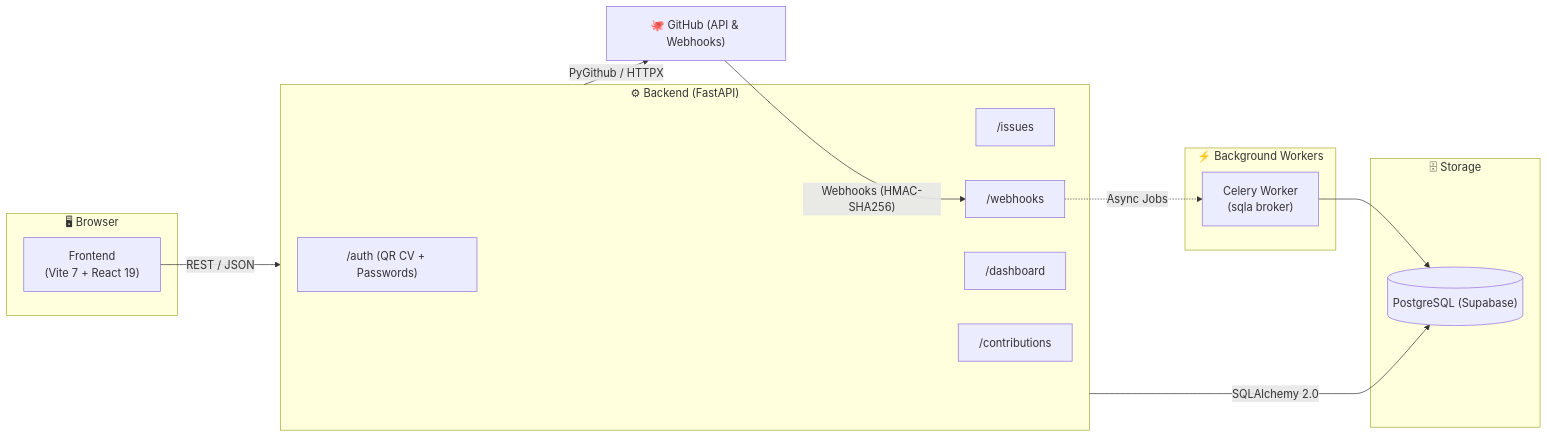
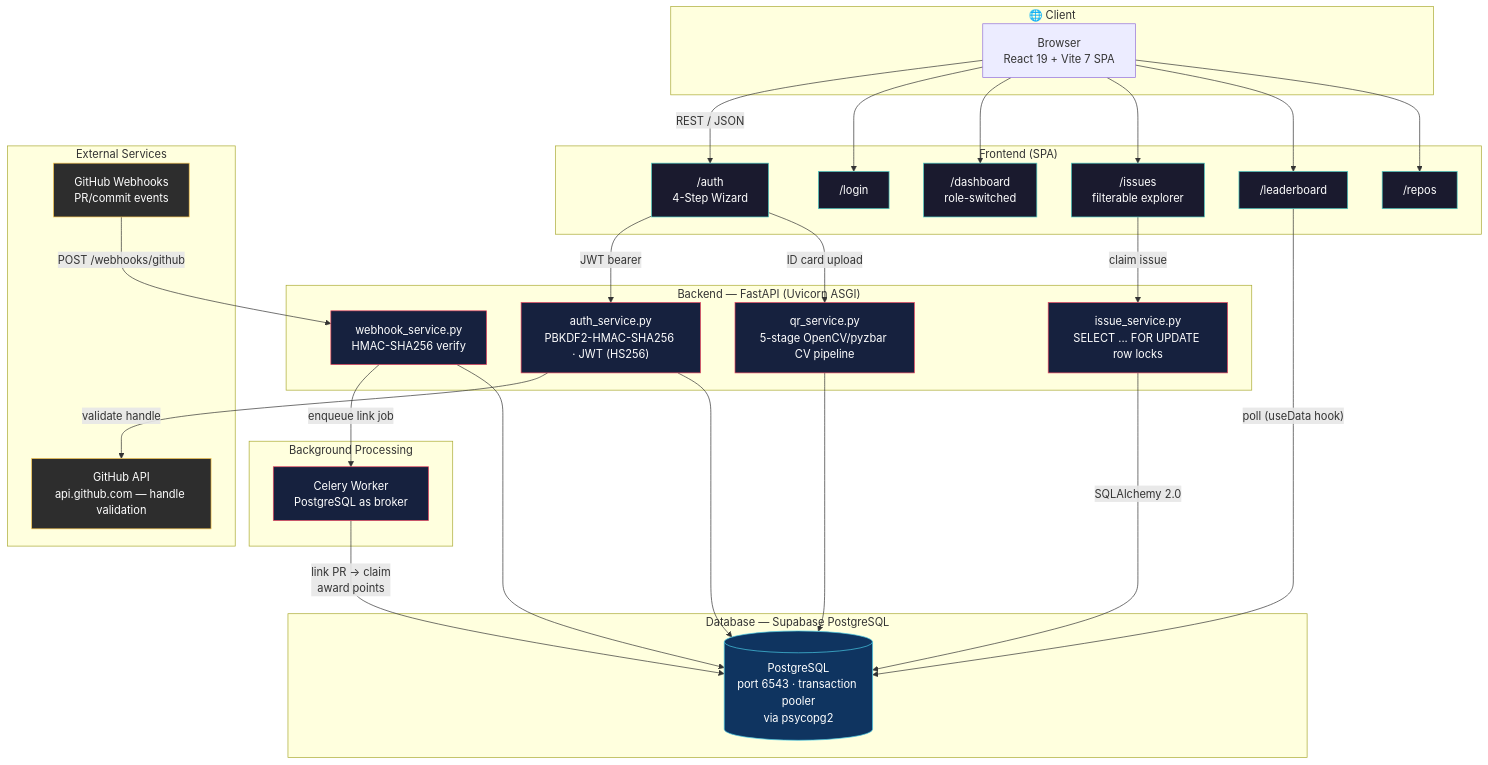
The diagram in README.md (PSIT-GDGOC/HACKTOBER_Tracking_System), drawn with Mermaid before and after one commit.

Commit message:
docs: update architecture diagram in README

````diff
--- a/README.md
+++ b/README.md
@@ -46,31 +46,67 @@
 ```mermaid
-flowchart LR
-    subgraph Client["🖥 Browser"]
-        UI["Frontend<br/>(Vite 7 + React 19)"]
+flowchart TB
+    subgraph Client["🌐 Client"]
+        Browser["Browser<br/>React 19 + Vite 7 SPA"]
     end
 
-    subgraph API["⚙ Backend (FastAPI)"]
-        AUTH["/auth (QR CV + Passwords)"]
-        ISSUES["/issues"]
-        HOOKS["/webhooks"]
-        DASH["/dashboard"]
-        CONTR["/contributions"]
+    subgraph Frontend["Frontend (SPA)"]
+        Auth4["/auth<br/>4-Step Wizard"]
+        Login["/login"]
+        Dashboard["/dashboard<br/>role-switched"]
+        Issues["/issues<br/>filterable explorer"]
+        Leaderboard["/leaderboard"]
+        Repos["/repos"]
     end
 
-    subgraph Workers["⚡ Background Workers"]
-        CELERY["Celery Worker<br/>(sqla broker)"]
+    subgraph Backend["Backend — FastAPI (Uvicorn ASGI)"]
+        AuthSvc["auth_service.py<br/>PBKDF2-HMAC-SHA256 · JWT (HS256)"]
+        QRSvc["qr_service.py<br/>5-stage OpenCV/pyzbar CV pipeline"]
+        IssueSvc["issue_service.py<br/>SELECT ... FOR UPDATE row locks"]
+        WebhookSvc["webhook_service.py<br/>HMAC-SHA256 verify"]
     end
 
-    subgraph Data["🗄 Storage"]
-        PG[("PostgreSQL (Supabase)")]
+    subgraph External["External Services"]
+        GitHubAPI["GitHub API<br/>api.github.com — handle validation"]
+        GitHubWebhook["GitHub Webhooks<br/>PR/commit events"]
     end
 
-    GH["🐙 GitHub (API & Webhooks)"]
+    subgraph Async["Background Processing"]
+        Worker["Celery Worker<br/>PostgreSQL as broker"]
+    end
 
-    UI -- "REST / JSON" --> API
-    API -- "SQLAlchemy 2.0" --> PG
-    GH -- "Webhooks (HMAC-SHA256)" --> HOOKS
-    HOOKS -. "Async Jobs" .-> CELERY
-    CELERY --> PG
-    API -- "PyGithub / HTTPX" --> GH
+    subgraph Data["Database — Supabase PostgreSQL"]
+        PG[("PostgreSQL<br/>port 6543 · transaction pooler<br/>via psycopg2")]
+    end
+
+    Browser -- "REST / JSON" --> Auth4
+    Browser --> Login
+    Browser --> Dashboard
+    Browser --> Issues
+    Browser --> Leaderboard
+    Browser --> Repos
+
+    Auth4 -- "JWT bearer" --> AuthSvc
+    Auth4 -- "ID card upload" --> QRSvc
+    AuthSvc -- "validate handle" --> GitHubAPI
+    Issues -- "claim issue" --> IssueSvc
+
+    GitHubWebhook -- "POST /webhooks/github" --> WebhookSvc
+    WebhookSvc -- "enqueue link job" --> Worker
+    Worker -- "link PR → claim<br/>award points" --> PG
+
+    AuthSvc --> PG
+    QRSvc --> PG
+    IssueSvc -- "SQLAlchemy 2.0" --> PG
+    WebhookSvc --> PG
+    Leaderboard -- "poll (useData hook)" --> PG
+
+    classDef frontend fill:#1a1a2e,stroke:#4ecdc4,color:#fff
+    classDef backend fill:#16213e,stroke:#e94560,color:#fff
+    classDef external fill:#2d2d2d,stroke:#f9c74f,color:#fff
+    classDef data fill:#0f3460,stroke:#48cae4,color:#fff
+
+    class Auth4,Login,Dashboard,Issues,Leaderboard,Repos frontend
+    class AuthSvc,QRSvc,IssueSvc,WebhookSvc,Worker backend
+    class GitHubAPI,GitHubWebhook external
+    class PG data
 ```
````
